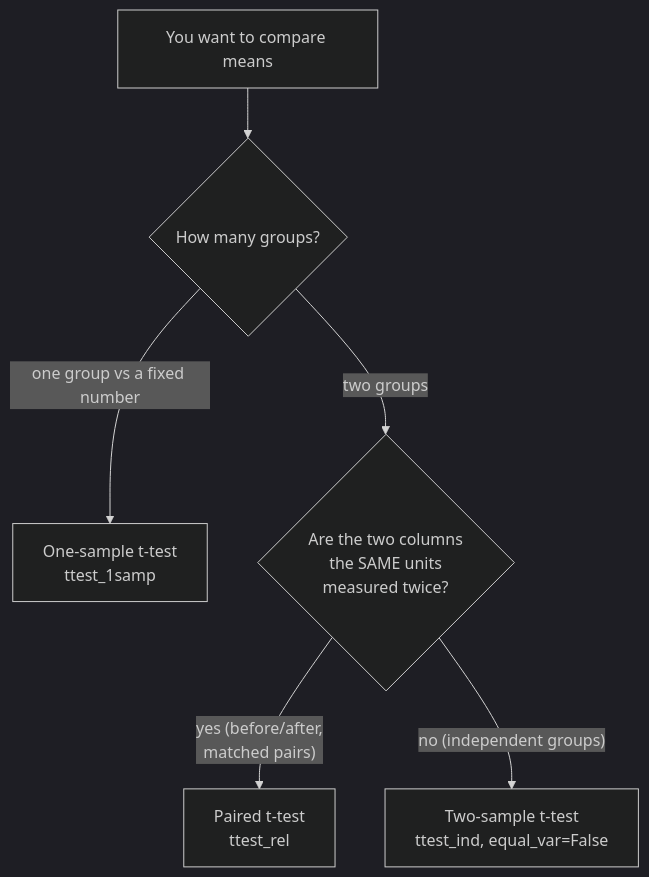
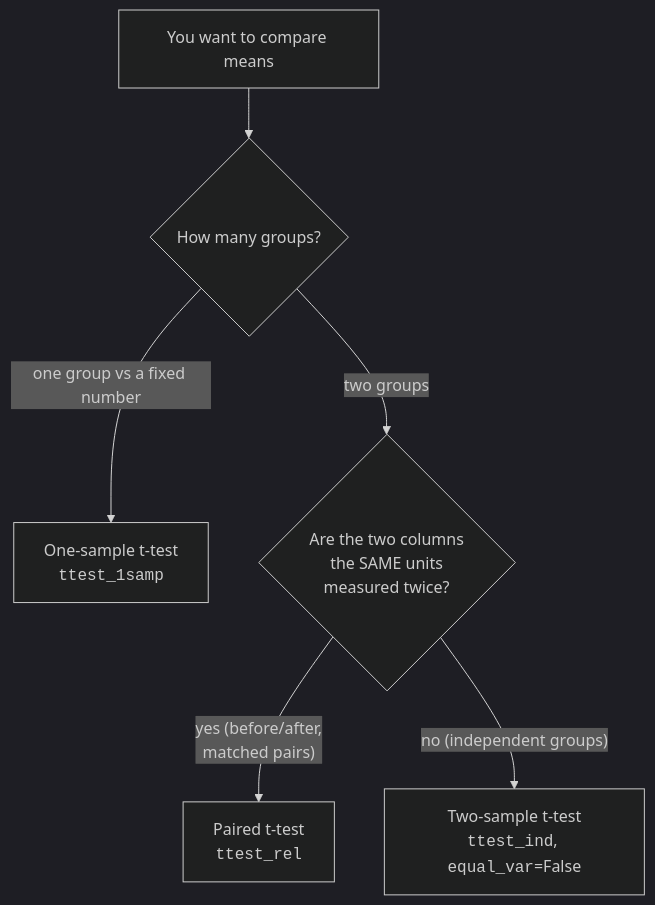
Before and after one commit to dataslope/dataslope: the second of 3 diagrams in content/learn/statistics-for-data-science-python/t-tests.mdx, drawn with Mermaid (dark theme). The commit also changed 153 other files, not shown here.

First line of the commit message:
Render code-only mermaid shapes in monospace; convert step sequences to Steps

````diff
--- a/content/learn/statistics-for-data-science-python/t-tests.mdx
+++ b/content/learn/statistics-for-data-science-python/t-tests.mdx
@@ -70,8 +70,8 @@
 ```mermaid
 flowchart TD
   A["You want to compare means"] --> B{"How many groups?"}
-  B -->|"one group vs a fixed number"| C["One-sample t-test<br/>ttest_1samp"]
+  B -->|"one group vs a fixed number"| C["One-sample t-test<br/><code>ttest_1samp</code>"]
   B -->|"two groups"| D{"Are the two columns<br/>the SAME units<br/>measured twice?"}
-  D -->|"yes (before/after,<br/>matched pairs)"| E["Paired t-test<br/>ttest_rel"]
-  D -->|"no (independent groups)"| F["Two-sample t-test<br/>ttest_ind, equal_var=False"]
+  D -->|"yes (before/after,<br/>matched pairs)"| E["Paired t-test<br/><code>ttest_rel</code>"]
+  D -->|"no (independent groups)"| F["Two-sample t-test<br/><code>ttest_ind</code>, <code>equal_var</code>=False"]
 ```
````
